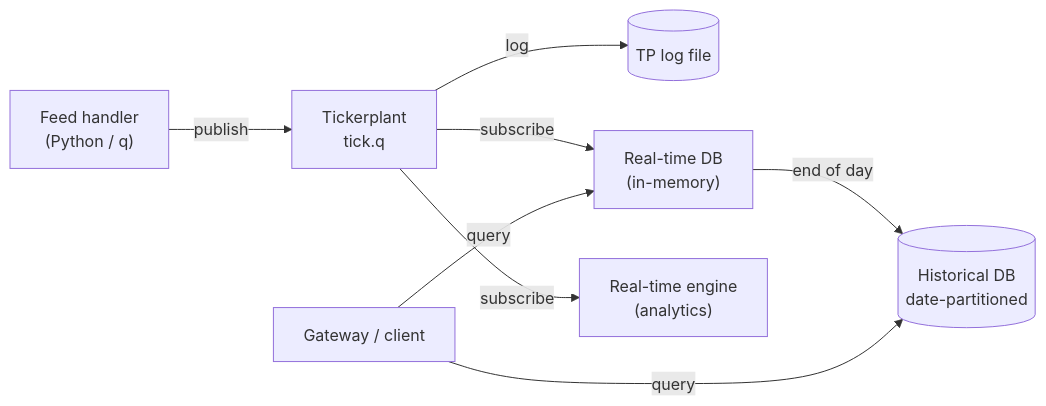
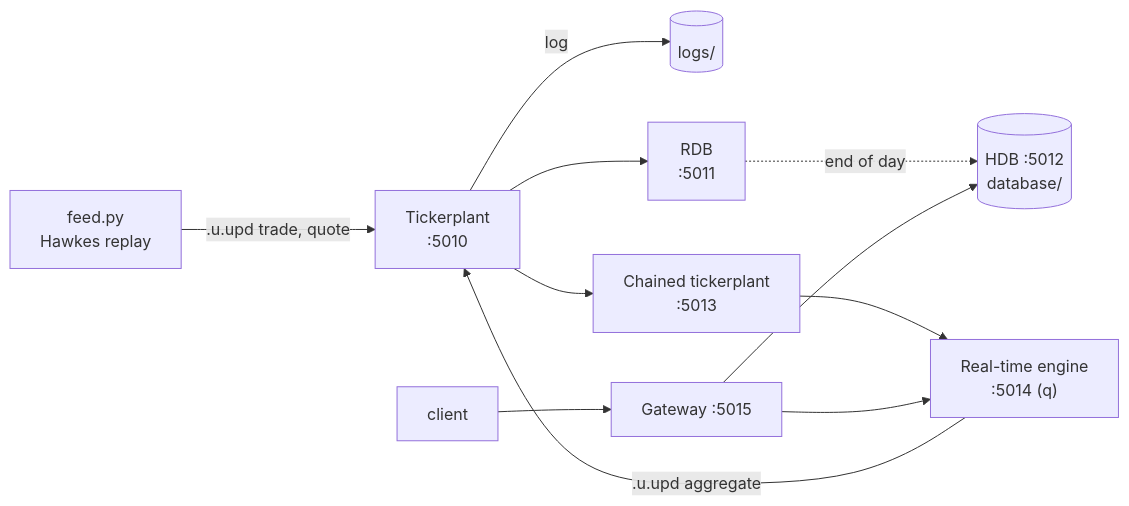
One commit to matthieu-briche/kdb-architecture-courses changed the diagram in README.md. Above: the diagram before and after it, drawn with Mermaid. The commit also changed other lines of this file and 8 other files, not shown here.

First line of the commit message:
Restructure le projet tick PyKX et l'alimente par un processus de Hawkes

````diff
--- a/README.md
+++ b/README.md
@@ -9,10 +13,13 @@
 ```mermaid
 flowchart LR
-    FH["Feed handler<br/>(Python / q)"] -->|publish| TP["Tickerplant<br/>tick.q"]
-    TP -->|log| LOG[("TP log file")]
-    TP -->|subscribe| RDB["Real-time DB<br/>(in-memory)"]
-    TP -->|subscribe| RTE["Real-time engine<br/>(analytics)"]
-    RDB -->|end of day| HDB[("Historical DB<br/>date-partitioned")]
-    GW["Gateway / client"] -->|query| RDB
-    GW -->|query| HDB
+    FH["feed.py<br/>Hawkes replay"] -->|".u.upd trade, quote"| TP["Tickerplant<br/>:5010"]
+    TP -->|log| LOG[("logs/")]
+    TP --> RDB["RDB<br/>:5011"]
+    TP --> CTP["Chained tickerplant<br/>:5013"]
+    CTP --> RTE["Real-time engine<br/>:5014 (q)"]
+    RTE -->|".u.upd aggregate"| TP
+    RDB -.->|end of day| HDB[("HDB :5012<br/>database/")]
+    GW["Gateway :5015"] --> RTE
+    GW --> HDB
+    U["client"] --> GW
 ```
````
